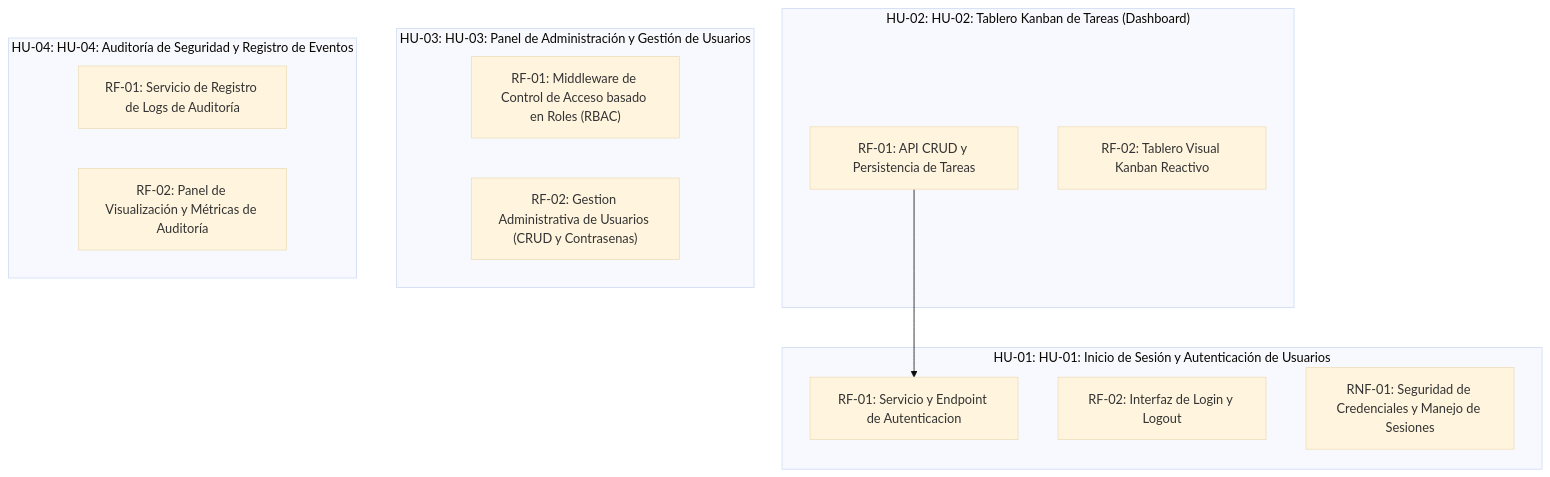
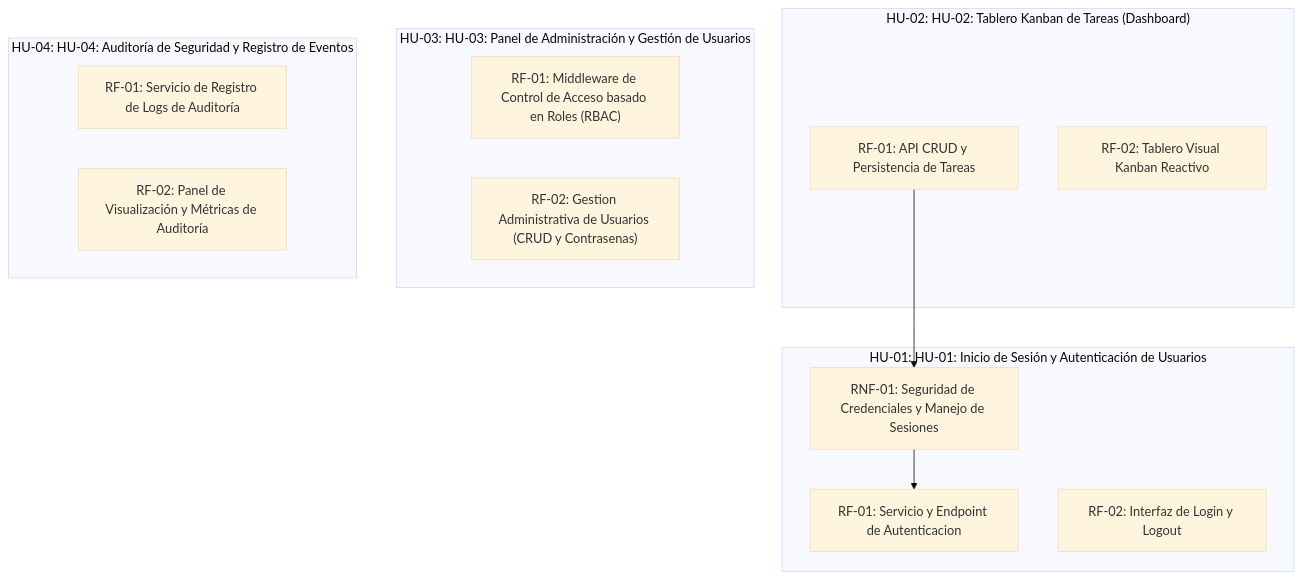
Before and after one commit to fiemcasals/PRUEBA_SCRUM: the diagram in docs/grafo.md, drawn with Mermaid (base theme). The commit also changed other lines of this file, not shown here.

Commit message:
Auto-publish: actualiza docs/grafo.md

````diff
--- a/docs/grafo.md
+++ b/docs/grafo.md
@@ -5,21 +5,22 @@
 ```mermaid
 graph TD
   subgraph US_1786548038997["HU-01: HU-01: Inicio de Sesión y Autenticación de Usuarios"]
     REQ_1786550047158["RF-01: Servicio y Endpoint de Autenticacion"]
     REQ_1786550047244["RF-02: Interfaz de Login y Logout"]
     REQ_1786550047330["RNF-01: Seguridad de Credenciales y Manejo de Sesiones"]
   end
   subgraph US_1786548041528["HU-02: HU-02: Tablero Kanban de Tareas (Dashboard)"]
     REQ_1786550047416["RF-01: API CRUD y Persistencia de Tareas"]
     REQ_1786550047501["RF-02: Tablero Visual Kanban Reactivo"]
   end
   subgraph US_1786548043984["HU-03: HU-03: Panel de Administración y Gestión de Usuarios"]
     REQ_1786550047567["RF-01: Middleware de Control de Acceso basado en Roles (RBAC)"]
     REQ_1786550047637["RF-02: Gestion Administrativa de Usuarios (CRUD y Contrasenas)"]
   end
   subgraph US_1786638004323["HU-04: HU-04: Auditoría de Seguridad y Registro de Eventos"]
     REQ_1786638016981["RF-01: Servicio de Registro de Logs de Auditoría"]
     REQ_1786638091109["RF-02: Panel de Visualización y Métricas de Auditoría"]
   end
-  REQ_1786550047416 --> REQ_1786550047158
+  REQ_1786550047330 --> REQ_1786550047158
+  REQ_1786550047416 --> REQ_1786550047330
 ```
````
